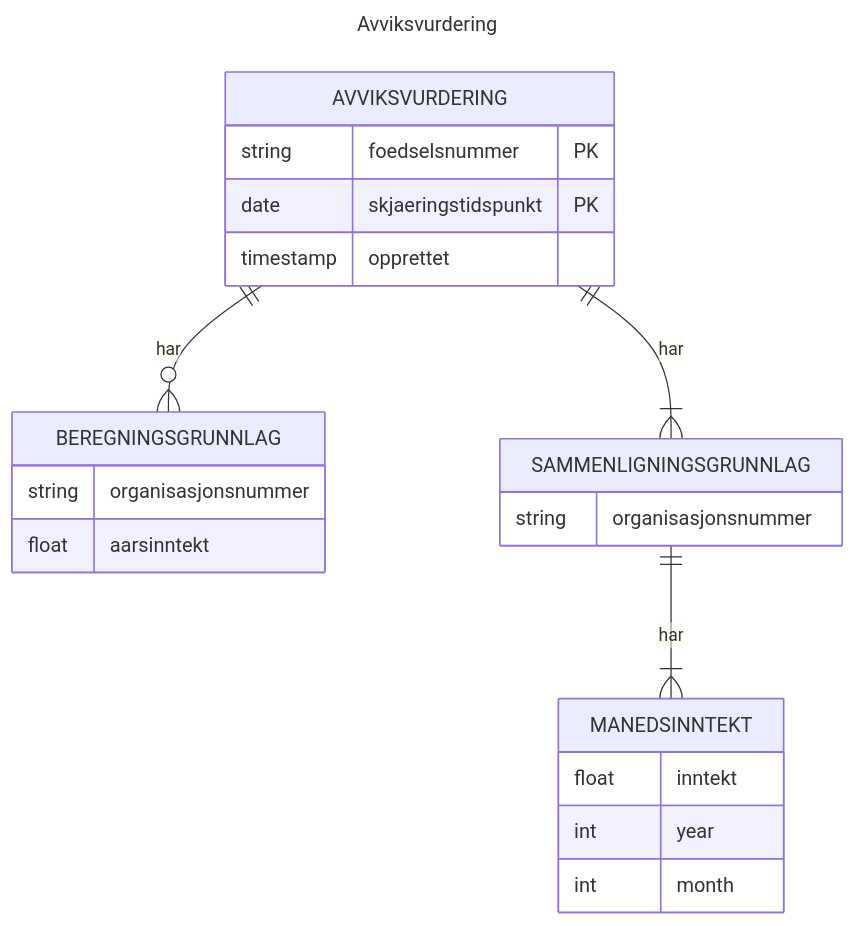
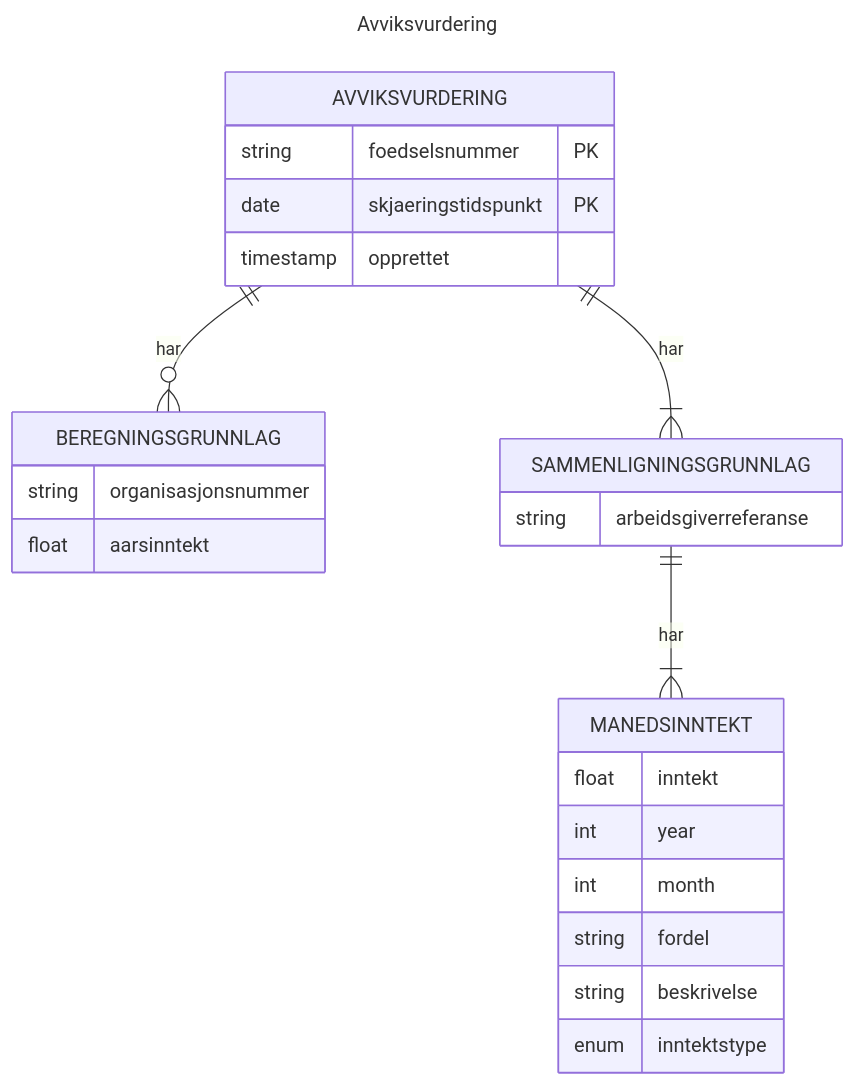
One commit to navikt/helse-spinnvill changed the second of 2 diagrams in README.md. Above: the diagram before and after it, drawn with Mermaid. The commit also changed 8 other files, not shown here.

````diff
--- a/README.md
+++ b/README.md
@@ -49,30 +49,33 @@
 ```mermaid
 ---
 title: Avviksvurdering
 ---
 erDiagram
     AVVIKSVURDERING ||--o{ BEREGNINGSGRUNNLAG: har
     AVVIKSVURDERING ||--|{ SAMMENLIGNINGSGRUNNLAG: har
     SAMMENLIGNINGSGRUNNLAG ||--|{ MANEDSINNTEKT: har
   
     AVVIKSVURDERING {
       string foedselsnummer PK
       date skjaeringstidspunkt PK
       timestamp opprettet
     }
 
     SAMMENLIGNINGSGRUNNLAG {
-      string organisasjonsnummer
+      string arbeidsgiverreferanse
     }
     
     MANEDSINNTEKT {
         float inntekt
         int year
         int month
+        string fordel
+        string beskrivelse
+        enum inntektstype
     }
   
     BEREGNINGSGRUNNLAG {
       string organisasjonsnummer
       float aarsinntekt
     }
 ```
````
